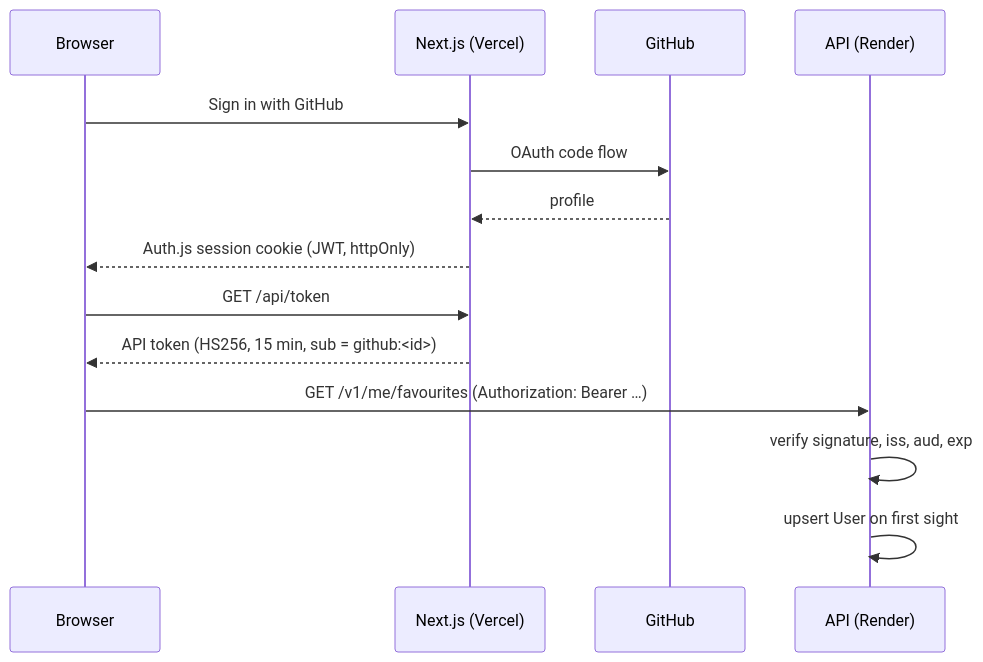
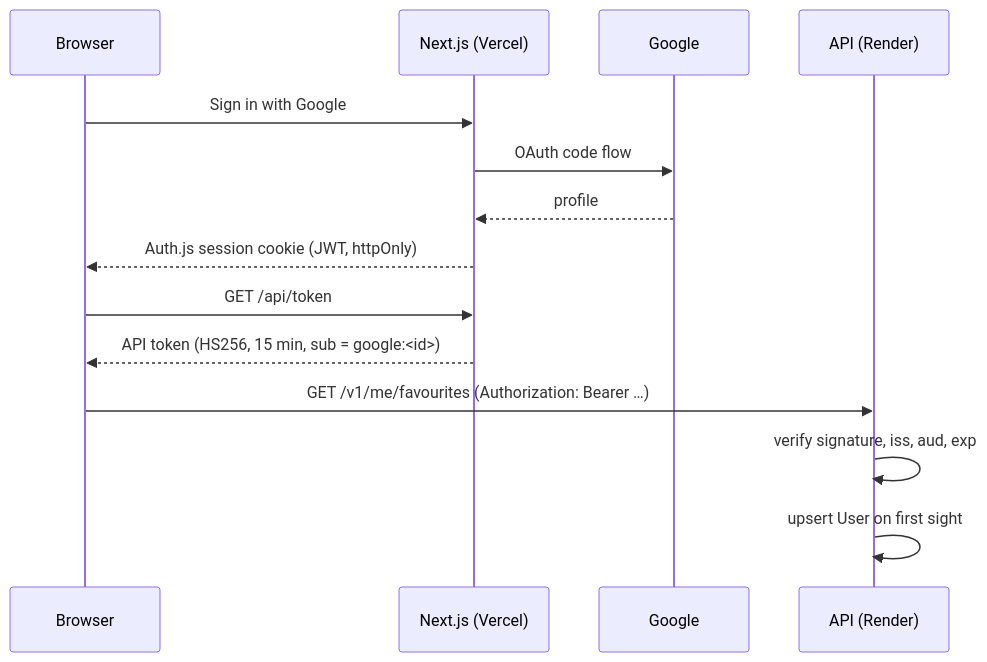
The fourth of 4 diagrams in docs/ARCHITECTURE.md (EthanYap123/sg-transit-companion), drawn with Mermaid before and after one commit. The commit also changed other lines of this file and 27 other files, not shown here.

First line of the commit message:
feat(web): replace github sign-in with google (#59)

````diff
--- a/docs/ARCHITECTURE.md
+++ b/docs/ARCHITECTURE.md
@@ -189,16 +189,16 @@
 ```mermaid
 sequenceDiagram
     participant U as Browser
     participant W as Next.js (Vercel)
-    participant G as GitHub
+    participant G as Google
     participant A as API (Render)
-    U->>W: Sign in with GitHub
+    U->>W: Sign in with Google
     W->>G: OAuth code flow
     G-->>W: profile
     W-->>U: Auth.js session cookie (JWT, httpOnly)
     U->>W: GET /api/token
-    W-->>U: API token (HS256, 15 min, sub = github:<id>)
+    W-->>U: API token (HS256, 15 min, sub = google:<id>)
     U->>A: GET /v1/me/favourites (Authorization: Bearer …)
     A->>A: verify signature, iss, aud, exp
     A->>A: upsert User on first sight
 ```
````
